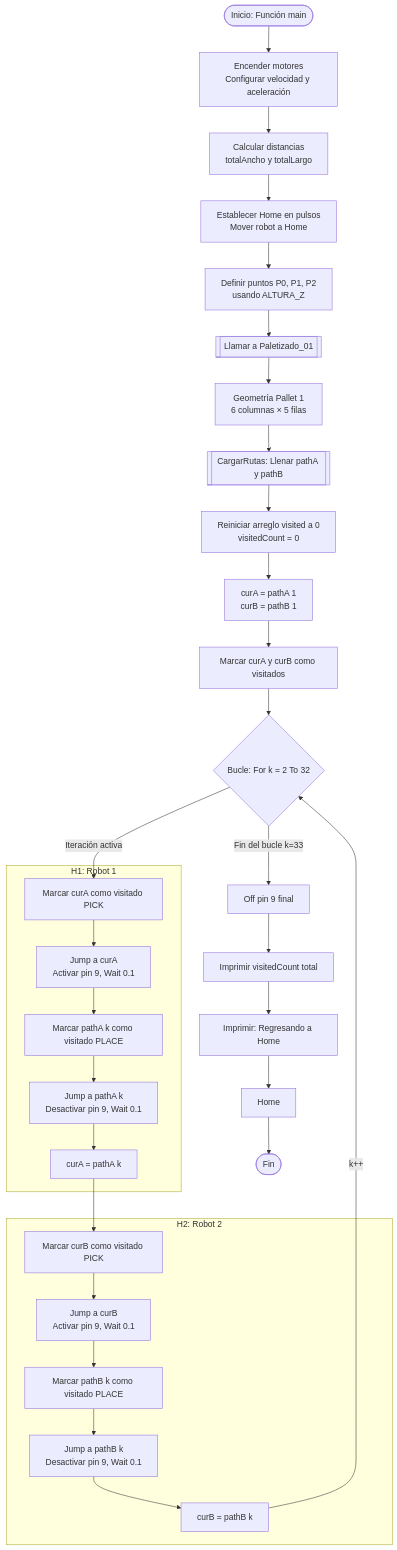
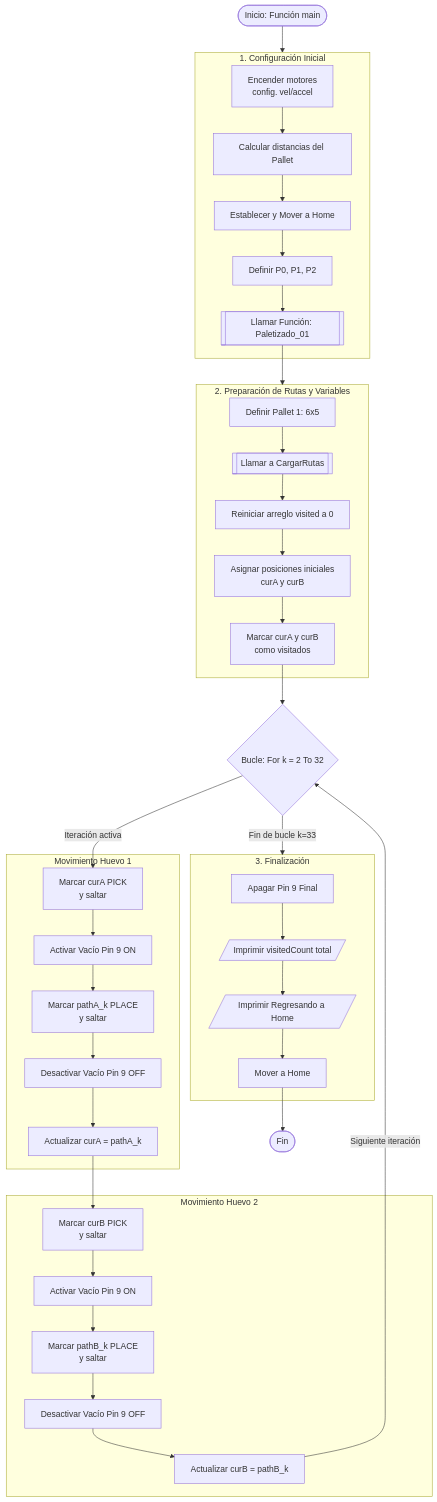
Before and after one commit to labsir-un/Robotica-2026-I-Equipo-2D-Cardenas-Pirateque-Suarez: the diagram in Laboratorio No. 03 - Robótica Industrial EPSON T3 401S y EPSON RC+/README.MD, drawn with Mermaid.

Commit message:
Update flowchart for control logic in README

````diff
--- a/Laboratorio No. 03 - Robótica Industrial EPSON T3 401S y EPSON RC+/README.MD
+++ b/Laboratorio No. 03 - Robótica Industrial EPSON T3 401S y EPSON RC+/README.MD
@@ -408,43 +407,50 @@
 ```mermaid
-graph TD
-    A([Inicio: Función main]) --> B[Encender motores<br/>Configurar velocidad y aceleración]
-    B --> C[Calcular distancias<br/>totalAncho y totalLargo]
-    C --> D[Establecer Home en pulsos<br/>Mover robot a Home]
-    D --> E[Definir puntos P0, P1, P2<br/>usando ALTURA_Z]
-    E --> F[[Llamar a Paletizado_01]]
+flowchart TD
+    A([Inicio: Función main]) --> INIT
 
-    F --> G[Geometría Pallet 1<br/>6 columnas × 5 filas]
-    G --> H[[CargarRutas: Llenar pathA y pathB]]
-    H --> I[Reiniciar arreglo visited a 0<br/>visitedCount = 0]
-    I --> J[curA = pathA 1<br/>curB = pathB 1]
-    J --> K[Marcar curA y curB como visitados]
-    K --> L{Bucle: For k = 2 To 32}
-
-    subgraph HEAD1 ["H1: Robot 1"]
-        M1[Marcar curA como visitado PICK]
-        M2[Jump a curA<br/>Activar pin 9, Wait 0.1]
-        M3[Marcar pathA k como visitado PLACE]
-        M4[Jump a pathA k<br/>Desactivar pin 9, Wait 0.1]
-        M5[curA = pathA k]
+    subgraph INIT [1. Configuración Inicial]
+        B[Encender motores<br/>config. vel/accel] --> C[Calcular distancias del Pallet]
+        C --> D[Establecer y Mover a Home]
+        D --> E[Definir P0, P1, P2]
+        E --> F[[Llamar Función: Paletizado_01]]
     end
 
-    subgraph HEAD2 ["H2: Robot 2"]
-        N1[Marcar curB como visitado PICK]
-        N2[Jump a curB<br/>Activar pin 9, Wait 0.1]
-        N3[Marcar pathB k como visitado PLACE]
-        N4[Jump a pathB k<br/>Desactivar pin 9, Wait 0.1]
-        N5[curB = pathB k]
+    F --> SETUP
+
+    subgraph SETUP [2. Preparación de Rutas y Variables]
+        G[Definir Pallet 1: 6x5] --> H[[Llamar a CargarRutas]]
+        H --> I[Reiniciar arreglo visited a 0]
+        I --> J[Asignar posiciones iniciales<br/>curA y curB]
+        J --> K[Marcar curA y curB<br/>como visitados]
     end
 
-    L -->|Iteración activa| M1
-    M1 --> M2 --> M3 --> M4 --> M5
+    K --> L{Bucle: For k = 2 To 32}
+    L -- Iteración activa --> M1
+
+    subgraph H1 [Movimiento Huevo 1]
+        M1[Marcar curA PICK<br/>y saltar] --> M2[Activar Vacío Pin 9 ON]
+        M2 --> M3[Marcar pathA_k PLACE<br/>y saltar]
+        M3 --> M4[Desactivar Vacío Pin 9 OFF]
+        M4 --> M5[Actualizar curA = pathA_k]
+    end
+
     M5 --> N1
-    N1 --> N2 --> N3 --> N4 --> N5
-    N5 -->|k++| L
 
-    L -->|Fin del bucle k=33| S[Off pin 9 final]
-    S --> T[Imprimir visitedCount total]
-    T --> U[Imprimir: Regresando a Home]
-    U --> V[Home]
+    subgraph H2 [Movimiento Huevo 2]
+        N1[Marcar curB PICK<br/>y saltar] --> N2[Activar Vacío Pin 9 ON]
+        N2 --> N3[Marcar pathB_k PLACE<br/>y saltar]
+        N3 --> N4[Desactivar Vacío Pin 9 OFF]
+        N4 --> N5[Actualizar curB = pathB_k]
+    end
+
+    N5 -- Siguiente iteración --> L
+    L -- Fin de bucle k=33 --> END_PROCESS
+
+    subgraph END_PROCESS [3. Finalización]
+        S[Apagar Pin 9 Final] --> T[/Imprimir visitedCount total/]
+        T --> U[/Imprimir Regresando a Home/]
+        U --> V[Mover a Home]
+    end
+
     V --> W([Fin])
 ```
````
